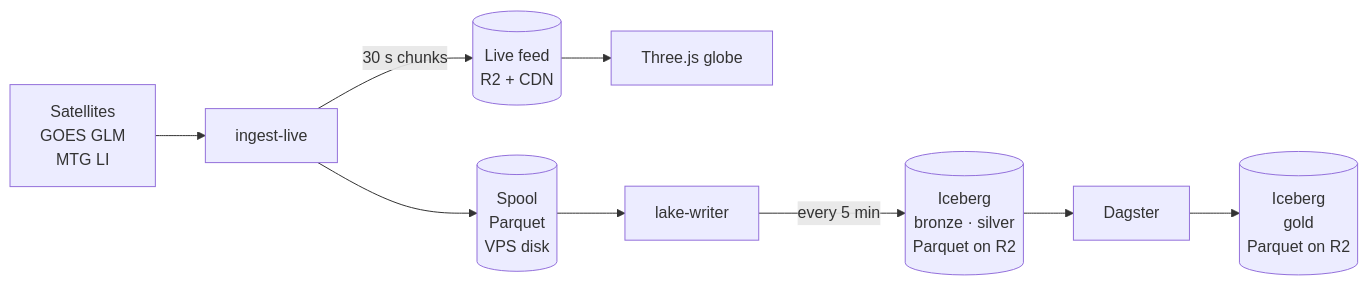
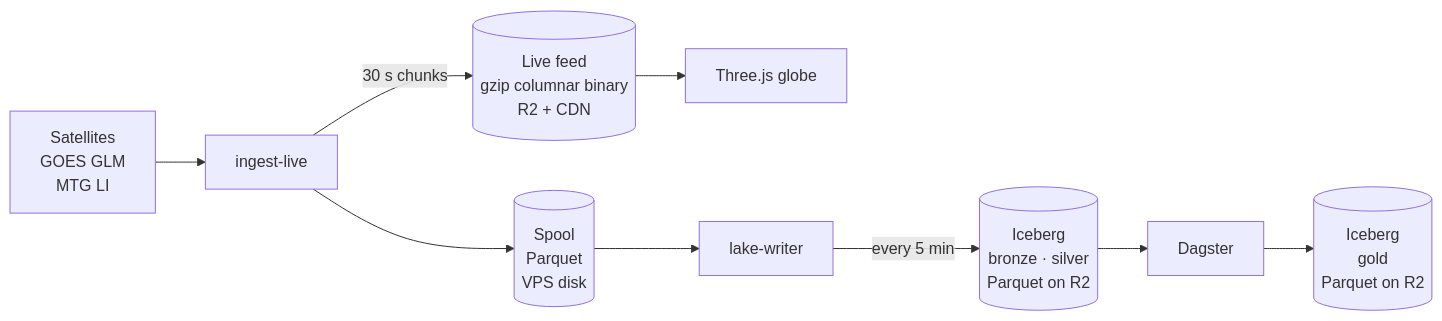
The diagram in README.md (pierregc/scintille), drawn with Mermaid before and after one commit. The commit also changed other lines of this file, not shown here.

Commit message:
docs: name the live feed format in the README

````diff
--- a/README.md
+++ b/README.md
@@ -13,8 +13,8 @@
 ```mermaid
 flowchart LR
     sat["Satellites<br/>GOES GLM<br/>MTG LI"] --> ingest["ingest-live"]
-    ingest -->|30 s chunks| live[("Live feed<br/>R2 + CDN")] --> globe["Three.js globe"]
+    ingest -->|30 s chunks| live[("Live feed<br/>gzip columnar binary<br/>R2 + CDN")] --> globe["Three.js globe"]
     ingest --> spool[("Spool<br/>Parquet<br/>VPS disk")] --> writer["lake-writer"]
     writer -->|every 5 min| lake[("Iceberg<br/>bronze · silver<br/>Parquet on R2")]
     lake --> dagster["Dagster"] --> gold[("Iceberg<br/>gold<br/>Parquet on R2")]
 ```
````
